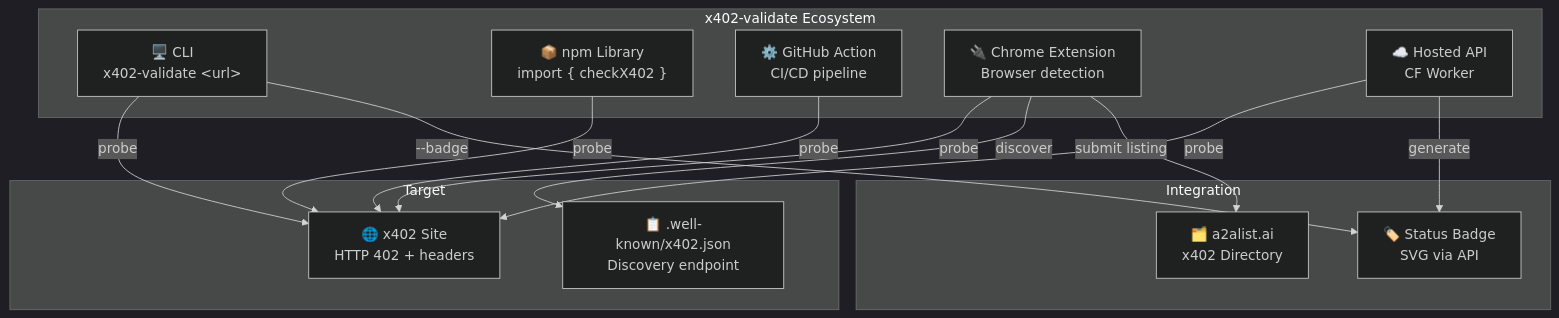
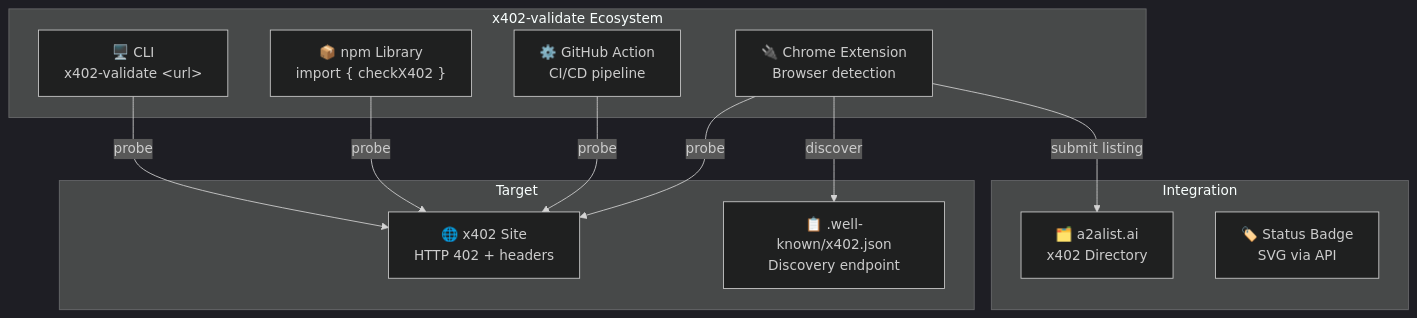
Before and after one commit to suryast/x402-check: the first of 4 diagrams in README.md, drawn with Mermaid (dark theme). The commit also changed other lines of this file and 10 other files, not shown here.

First line of the commit message:
chore: remove hosted API worker

````diff
--- a/README.md
+++ b/README.md
@@ -21,30 +21,26 @@
 ```mermaid
 graph TB
     subgraph "x402-validate Ecosystem"
         CLI["🖥️ CLI<br/>x402-validate &lt;url&gt;"]
         LIB["📦 npm Library<br/>import { checkX402 }"]
         ACTION["⚙️ GitHub Action<br/>CI/CD pipeline"]
         EXT["🔌 Chrome Extension<br/>Browser detection"]
-        API["☁️ Hosted API<br/>CF Worker"]
     end
 
     subgraph "Target"
         SITE["🌐 x402 Site<br/>HTTP 402 + headers"]
         WELL["📋 .well-known/x402.json<br/>Discovery endpoint"]
     end
 
     subgraph "Integration"
         A2A["🗂️ a2alist.ai<br/>x402 Directory"]
         BADGE["🏷️ Status Badge<br/>SVG via API"]
     end
 
     CLI -->|probe| SITE
     LIB -->|probe| SITE
     ACTION -->|probe| SITE
     EXT -->|probe| SITE
     EXT -->|discover| WELL
-    API -->|probe| SITE
-    API -->|generate| BADGE
     EXT -->|submit listing| A2A
-    CLI -->|"--badge"| BADGE
 ```
````
